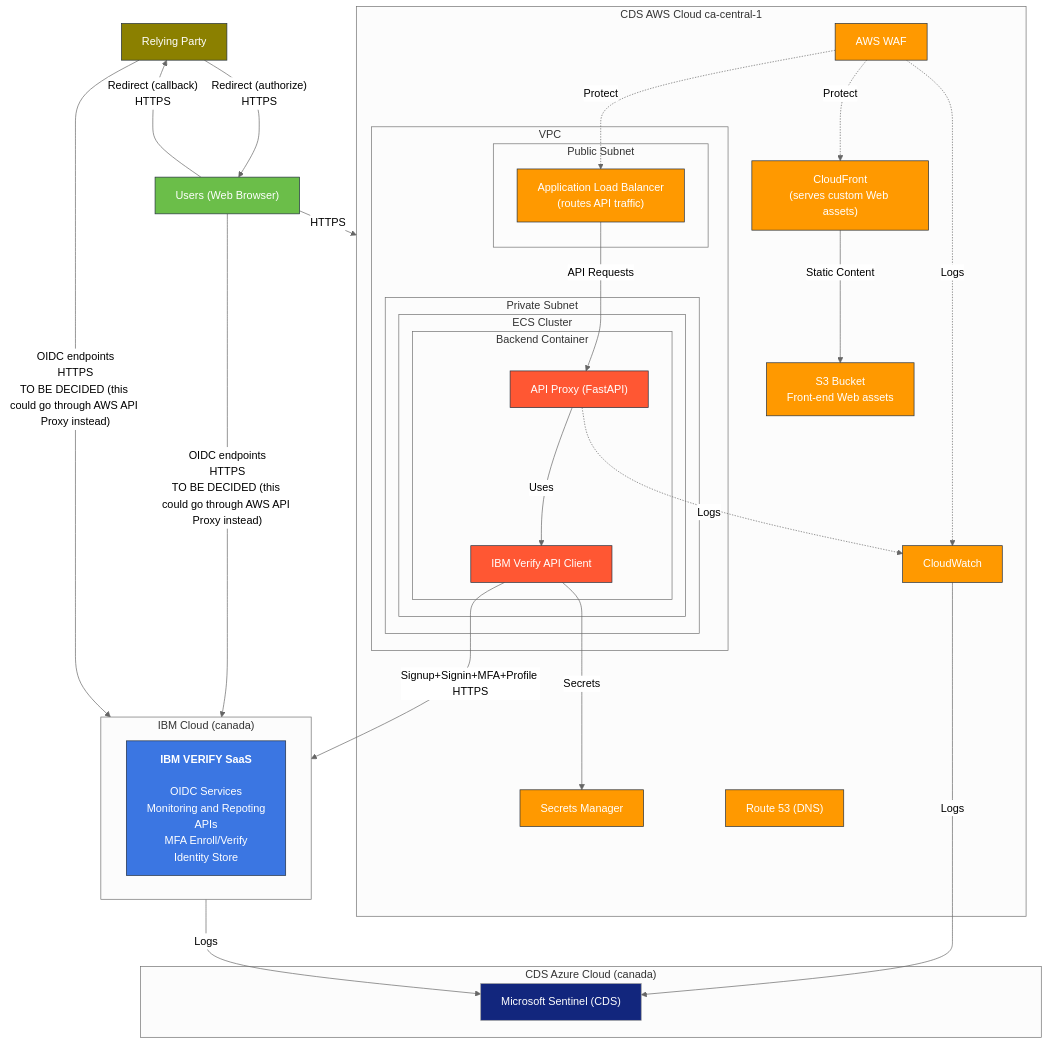
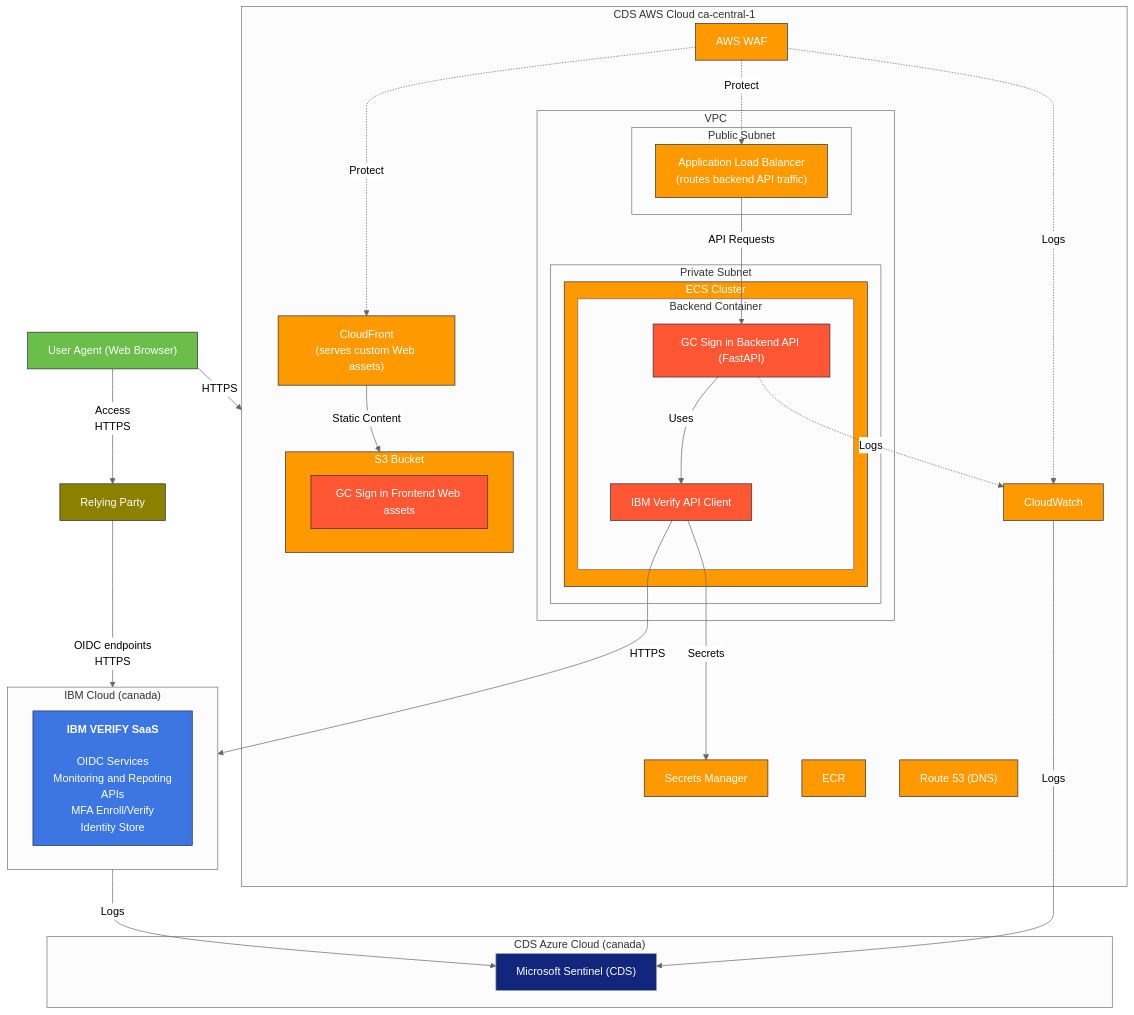
The diagram in docs/architecture/gc-signin-aws-system-architecture.mmd (cds-snc/canadalogin-user-selfservice-webapp), drawn with Mermaid before and after one commit. The commit also changed 3 other files, not shown here.

Commit message:
Update solution architecture diagram based on proxy discussion (RFC-005)

```diff
--- a/docs/architecture/gc-signin-aws-system-architecture.mmd
+++ b/docs/architecture/gc-signin-aws-system-architecture.mmd
@@ -1,75 +1,76 @@
 %%{init: {'theme':'neutral'}}%%
 graph TB
     subgraph AWS["CDS AWS Cloud ca-central-1"]
         subgraph "VPC"
             subgraph PublicSubnet["Public Subnet"]
-                ALB["Application Load Balancer<br/>(routes API traffic)"]
+                ALB["Application Load Balancer<br/>(routes backend API traffic)"]
             end
 
             subgraph "Private Subnet"
-                subgraph "ECS Cluster"
+                subgraph ECS["ECS Cluster"]
                     subgraph "Backend Container"
-                        APIProxy["API Proxy (FastAPI)"]
+                        APIBackend["GC Sign in Backend API (FastAPI)"]
                         APIClient["IBM Verify API Client"]
                     end
                 end
 
             end
         end
 
         CloudWatch[CloudWatch]
         SecretsManager[Secrets Manager]
         CloudFront["CloudFront<br/>(serves custom Web assets)"]
+        ECR["ECR"]
         Route53["Route 53 (DNS)"]
-        S3[S3 Bucket<br/>Front-end Web assets]
+        subgraph S3[S3 Bucket]
+            GCSigninFrontEnd[GC Sign in Frontend Web assets]
+        end
         WAF[AWS WAF]
 
         
     end
 
     subgraph IBMVerify["IBM Cloud (canada)"]
         IBMVerifyFeatures["<strong>IBM VERIFY SaaS</strong><br/><br/>OIDC Services<br/>Monitoring and Repoting<br/>APIs<br/>MFA Enroll/Verify<br/>Identity Store"]
     end
 
     RelyingParty[Relying Party]
-    WebBrowser["Users (Web Browser)"]
+    WebBrowser["User Agent (Web Browser)"]
 
     subgraph Azure["CDS Azure Cloud (canada)"]
         Sentinel["Microsoft Sentinel (CDS)"]
     end
     
     %% Connections
-    WebBrowser -->|"OIDC endpoints<br/>HTTPS<br/>TO BE DECIDED (this could go through AWS API Proxy instead)"| IBMVerify
     WebBrowser -->|"HTTPS"| AWS
     CloudFront -->|Static Content| S3
     WAF -.->|Protect| ALB
     WAF -.->|Protect| CloudFront
-    ALB -->|API Requests| APIProxy
-    APIClient -->|Signup+Signin+MFA+Profile HTTPS| IBMVerify
+    ALB -->|API Requests| APIBackend
+    APIClient -->|HTTPS| IBMVerify
     APIClient -->|Secrets| SecretsManager
-    RelyingParty-->|"OIDC endpoints<br/>HTTPS<br/>TO BE DECIDED (this could go through AWS API Proxy instead)"| IBMVerify
-    RelyingParty-->|"Redirect (authorize)<br/>HTTPS"| WebBrowser
-    WebBrowser-->|"Redirect (callback)<br/>HTTPS"| RelyingParty
-    APIProxy-->|Uses| APIClient
+    RelyingParty-->|"OIDC endpoints<br/>HTTPS"| IBMVerify
+    WebBrowser-->|"Access<br/>HTTPS"| RelyingParty
+    APIBackend-->|Uses| APIClient
 
     %% Monitoring
     WAF -.->|Logs| CloudWatch
-    APIProxy -.->|Logs| CloudWatch
+    APIBackend -.->|Logs| CloudWatch
     CloudWatch -->|Logs| Sentinel
     IBMVerify -->|Logs| Sentinel
 
     %% Styling
     classDef aws fill:#FF9900,stroke:#232F3E,color:white;
     classDef gcsignin fill:#FF5733,stroke:#232F3E,color:white;
     classDef ibm fill:#3B76e2,stroke:#232F3E,color:white;
     classDef ibmchild fill:#1B46C2,stroke:#232F3E,color:white;
     classDef users fill:#6BBE49,stroke:#232F3E,color:white;
     classDef rp fill:#8B8000,stroke:#232F3E,color:white;
     classDef azure fill:#12267d,stroke:#23F3E,color:white;
 
-    class Route53,CloudFront,ALB,WAF,CFWAF,ECS,CloudWatch,SecretsManager,WAFLogs,S3 aws;
+    class Route53,CloudFront,ALB,WAF,CFWAF,ECS,ECR,CloudWatch,SecretsManager,WAFLogs,S3 aws;
     class IBMVerifyFeatures ibm;
     class WebBrowser users;
     class RelyingParty rp;
-    class GCSigninFrontEnd,APIProxy,APIClient gcsignin;
+    class GCSigninFrontEnd,APIBackend,APIClient gcsignin;
     class Sentinel azure;
```
